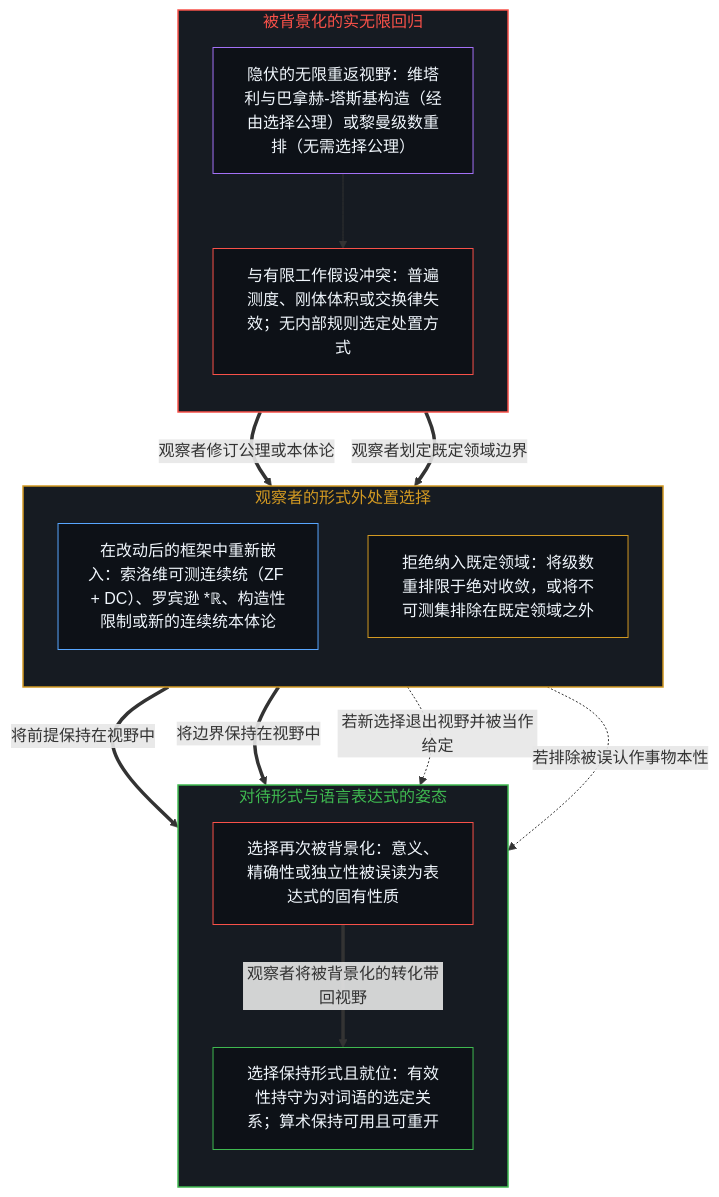
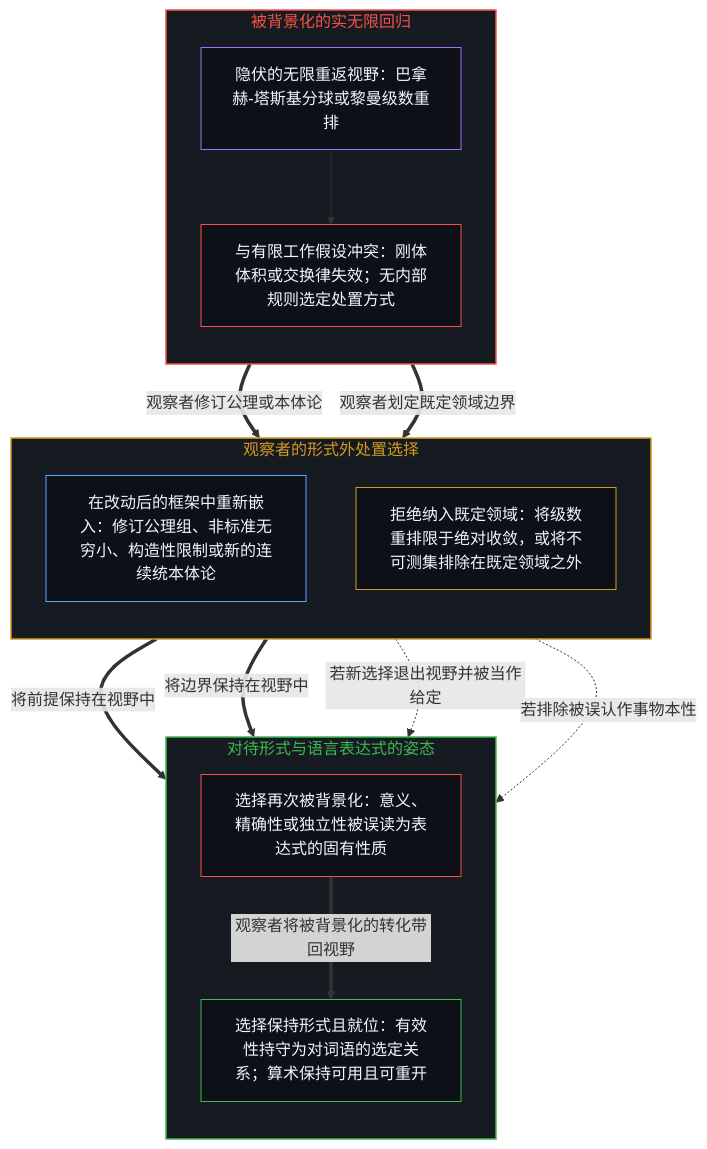
Before and after one commit to powerpig99/not-a-toe: the third of 4 diagrams in content/posts/the-built-in-infinity-of-integers-and-the-backgrounded-choice.md, drawn with Mermaid. The commit also changed other lines of this file and 24 other files, not shown here.

````diff
--- a/content/posts/the-built-in-infinity-of-integers-and-the-backgrounded-choice.md
+++ b/content/posts/the-built-in-infinity-of-integers-and-the-backgrounded-choice.md
@@ -103,35 +103,35 @@
 ```mermaid
 flowchart TD
     subgraph S_Clash["被背景化的实无限回归"]
         direction TB
-        Return["隐伏的无限重返视野：维塔利与巴拿赫-塔斯基构造（经由选择公理）或黎曼级数重排（无需选择公理）"]
-        Conflict["与有限工作假设冲突：普遍测度、刚体体积或交换律失效；无内部规则选定处置方式"]
+        Return["隐伏的无限重返视野：巴拿赫-塔斯基分球或黎曼级数重排"]
+        Conflict["与有限工作假设冲突：刚体体积或交换律失效；无内部规则选定处置方式"]
         Return --> Conflict
     end
     subgraph S_Disp["观察者的形式外处置选择"]
         direction TB
-        ReEmbed["在改动后的框架中重新嵌入：索洛维可测连续统（ZF + DC）、罗宾逊 *ℝ、构造性限制或新的连续统本体论"]
+        ReEmbed["在改动后的框架中重新嵌入：修订公理组、非标准无穷小、构造性限制或新的连续统本体论"]
         Refuse["拒绝纳入既定领域：将级数重排限于绝对收敛，或将不可测集排除在既定领域之外"]
     end
     subgraph S_Hold["对待形式与语言表达式的姿态"]
         direction TB
         BgChoice["选择再次被背景化：意义、精确性或独立性被误读为表达式的固有性质"]
         Seated["选择保持形式且就位：有效性持守为对词语的选定关系；算术保持可用且可重开"]
     end
     Conflict ==>|"观察者修订公理或本体论"| ReEmbed
     Conflict ==>|"观察者划定既定领域边界"| Refuse
     ReEmbed ==>|"将前提保持在视野中"| Seated
     Refuse ==>|"将边界保持在视野中"| Seated
     ReEmbed -.->|"若新选择退出视野并被当作给定"| BgChoice
     Refuse -.->|"若排除被误认作事物本性"| BgChoice
     BgChoice ==>|"观察者将被背景化的转化带回视野"| Seated
     style S_Clash fill:#161b22,stroke:#f85149,stroke-width:1.5px,color:#f85149
     style S_Disp fill:#161b22,stroke:#d29922,stroke-width:1.5px,color:#d29922
     style S_Hold fill:#161b22,stroke:#3fb950,stroke-width:1.5px,color:#3fb950
     style Return fill:#0d1117,stroke:#a371f7,stroke-width:1px,color:#f0f6fc
     style Conflict fill:#0d1117,stroke:#f85149,stroke-width:1px,color:#f0f6fc
     style ReEmbed fill:#0d1117,stroke:#58a6ff,stroke-width:1px,color:#f0f6fc
     style Refuse fill:#0d1117,stroke:#d29922,stroke-width:1px,color:#f0f6fc
     style BgChoice fill:#0d1117,stroke:#f85149,stroke-width:1px,color:#f0f6fc
     style Seated fill:#0d1117,stroke:#3fb950,stroke-width:1px,color:#f0f6fc
 ```
````
